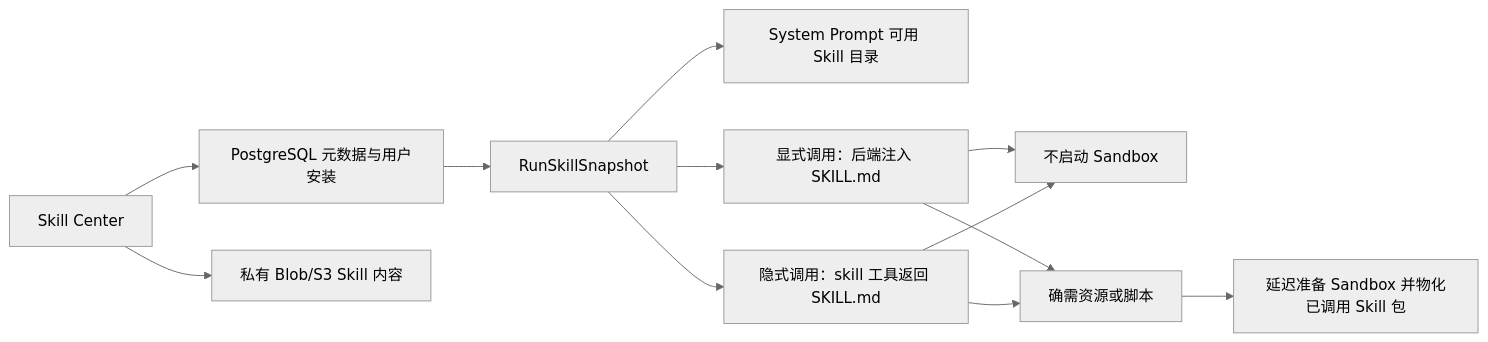
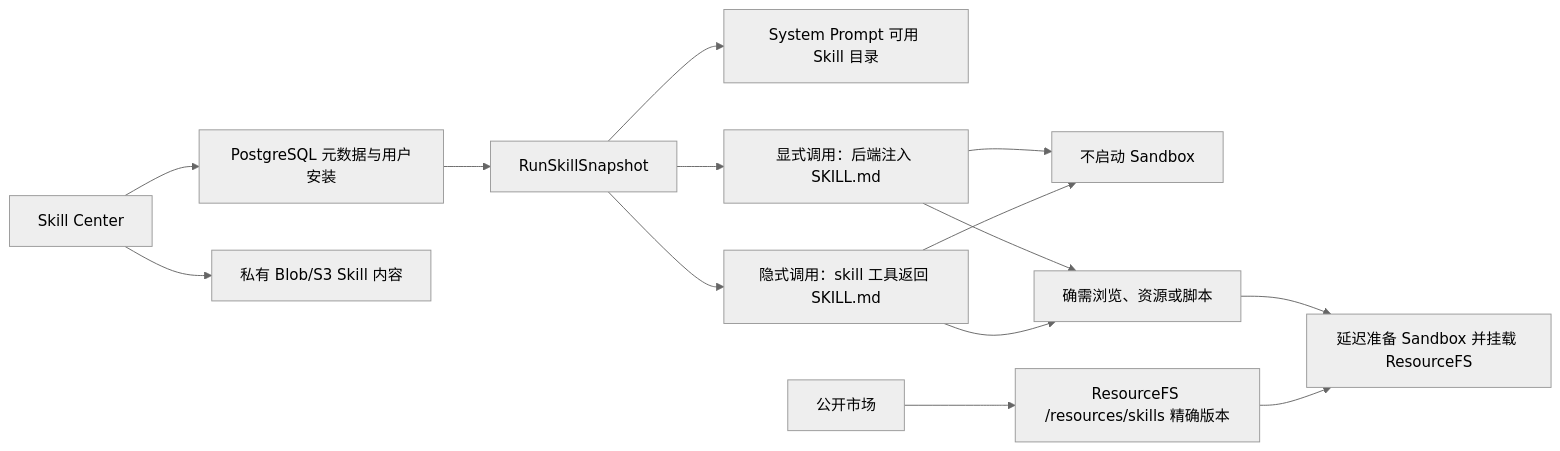
Before and after one commit to hooxing/hoox: the diagram in docs/specs/skill-center-and-runtime-integration.md, drawn with Mermaid (neutral theme). The commit also changed other lines of this file and 27 other files, not shown here.

````diff
--- a/docs/specs/skill-center-and-runtime-integration.md
+++ b/docs/specs/skill-center-and-runtime-integration.md
@@ -449,14 +461,16 @@
 ```mermaid
 flowchart LR
     C["Skill Center"] --> D["PostgreSQL 元数据与用户安装"]
     C --> B["私有 Blob/S3 Skill 内容"]
     D --> S["RunSkillSnapshot"]
     S --> P["System Prompt 可用 Skill 目录"]
     S --> E["显式调用：后端注入 SKILL.md"]
     S --> T["隐式调用：skill 工具返回 SKILL.md"]
     E --> N["不启动 Sandbox"]
     T --> N
-    E --> R["确需资源或脚本"]
+    M["公开市场"] --> V["ResourceFS /resources/skills 精确版本"]
+    E --> R["确需浏览、资源或脚本"]
     T --> R
-    R --> X["延迟准备 Sandbox 并物化已调用 Skill 包"]
+    R --> X["延迟准备 Sandbox 并挂载 ResourceFS"]
+    V --> X
 ```
````
